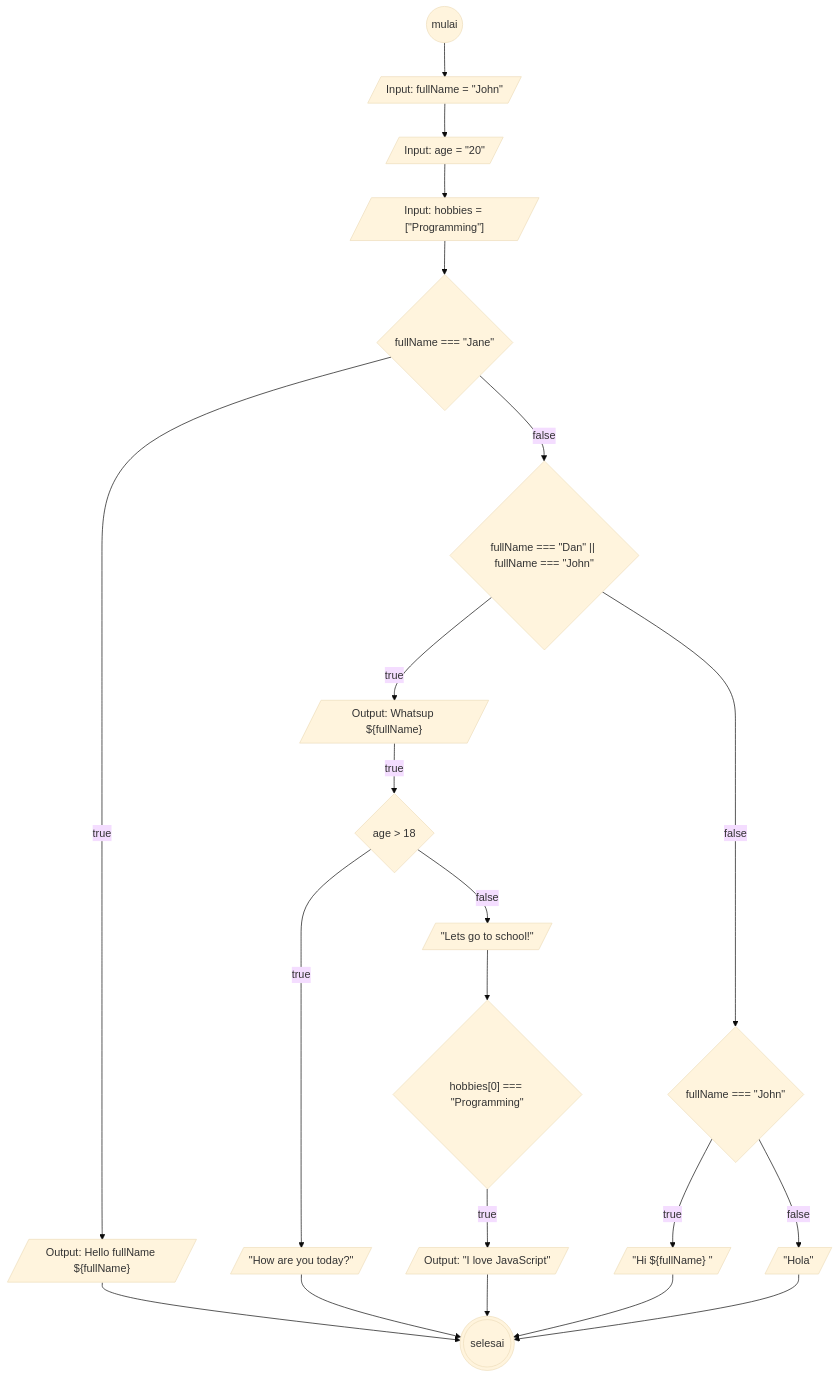
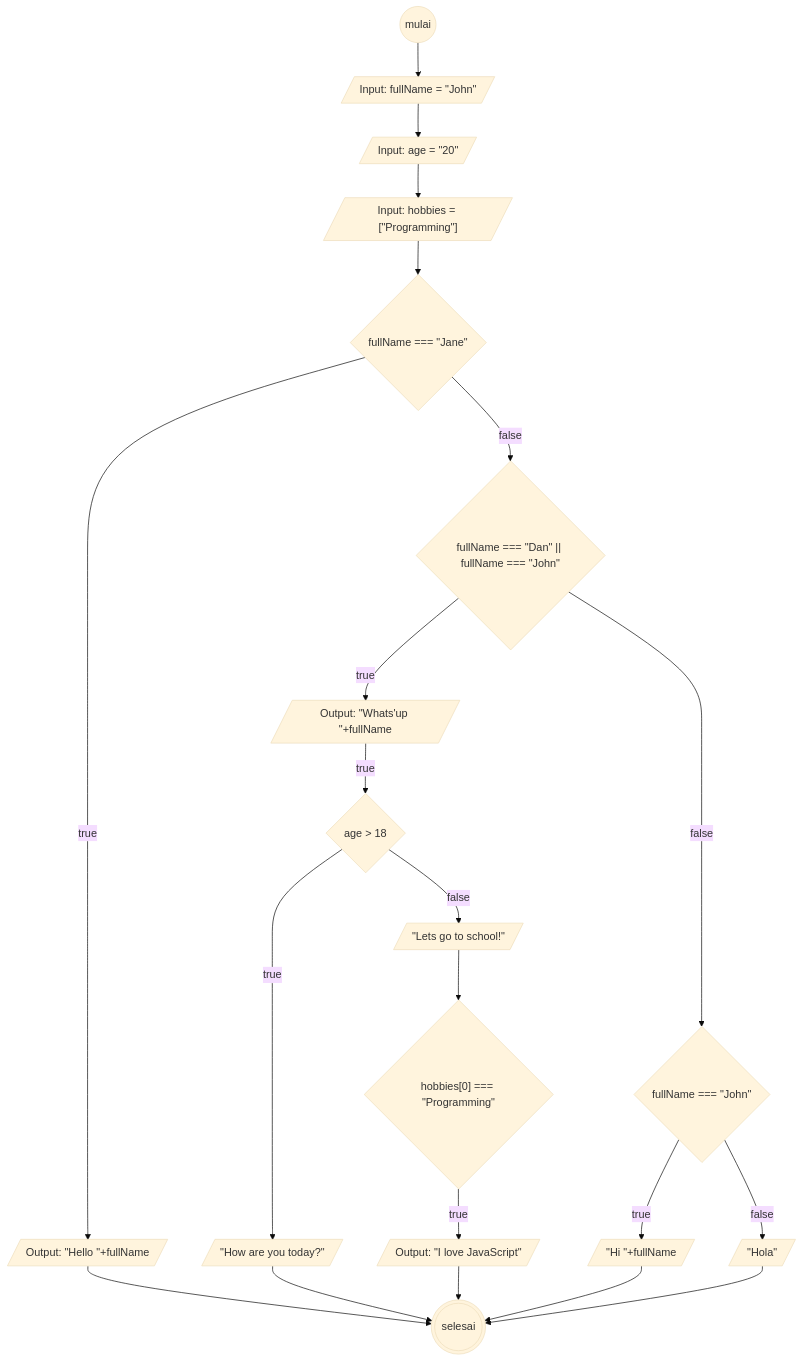
The diagram in task3.md (alhilalfathi/koda-b6-javascript1), drawn with Mermaid (base theme) before and after one commit.

````diff
--- a/task3.md
+++ b/task3.md
@@ -1,31 +1,42 @@
 ```mermaid
 flowchart TD
     mulai@{ shape: circle}
     inputName@{ shape: lean-r, label: "Input: fullName = #quot;John#quot;"}
     inputAge@{ shape: lean-r, label: "Input: age = #quot;20#quot;"}
     inputHobbies@{ shape: lean-r, label: "Input: hobbies = [#quot;Programming#quot;]"}
+
     ifJane@{ shape: diamond, label: "fullName === #quot;Jane#quot;"}
-    trueJane@{ shape: lean-r, label: "Output: Hello fullName ${fullName}"}
+
+    trueJane@{ shape: lean-r, label: "Output: #quot;Hello #quot;+fullName"}
+
     falseJane@{ shape: diamond, label: "fullName === #quot;Dan#quot; || fullName === #quot;John#quot;"}
-    trueDan1@{ shape: lean-r, label: "Output: Whatsup ${fullName}"}
+
+    trueDan1@{ shape: lean-r, label: "Output: #quot;Whats'up #quot;+fullName"}
+
     ifAge@{ shape: diamond, label: "age > 18"}
     ageTrue@{ shape: lean-r, label: "#quot;How are you today?#quot;"}
+
     ageFalse@{ shape: lean-r, label: "#quot;Lets go to school!#quot;"}
+
     ifHobbies@{ shape: diamond, label: "hobbies[0] === #quot;Programming#quot;"}
+
     hobbiesTrue@{ shape: lean-r, label: "Output: #quot;I love JavaScript#quot;"}
+
     falseDan@{ shape: diamond, label: "fullName === #quot;John#quot;"}
-    trueJohn@{ shape: lean-r, label: "#quot;Hi ${fullName} #quot;"}
+
+    trueJohn@{ shape: lean-r, label: "#quot;Hi #quot;+fullName"}
+    
     falseJohn@{ shape: lean-r, label: "#quot;Hola#quot;"}
     selesai@{ shape: dbl-circ}
 
 
     mulai-->inputName-->inputAge-->inputHobbies-->ifJane
     ifJane--true-->trueJane-->selesai
     ifJane--false-->falseJane--true-->trueDan1
     trueDan1--true-->ifAge
     ifAge--true-->ageTrue-->selesai
     ifAge--false-->ageFalse-->ifHobbies
     ifHobbies--true-->hobbiesTrue-->selesai
     falseJane--false-->falseDan--true-->trueJohn-->selesai
     falseDan--false-->falseJohn-->selesai
 ```
````
